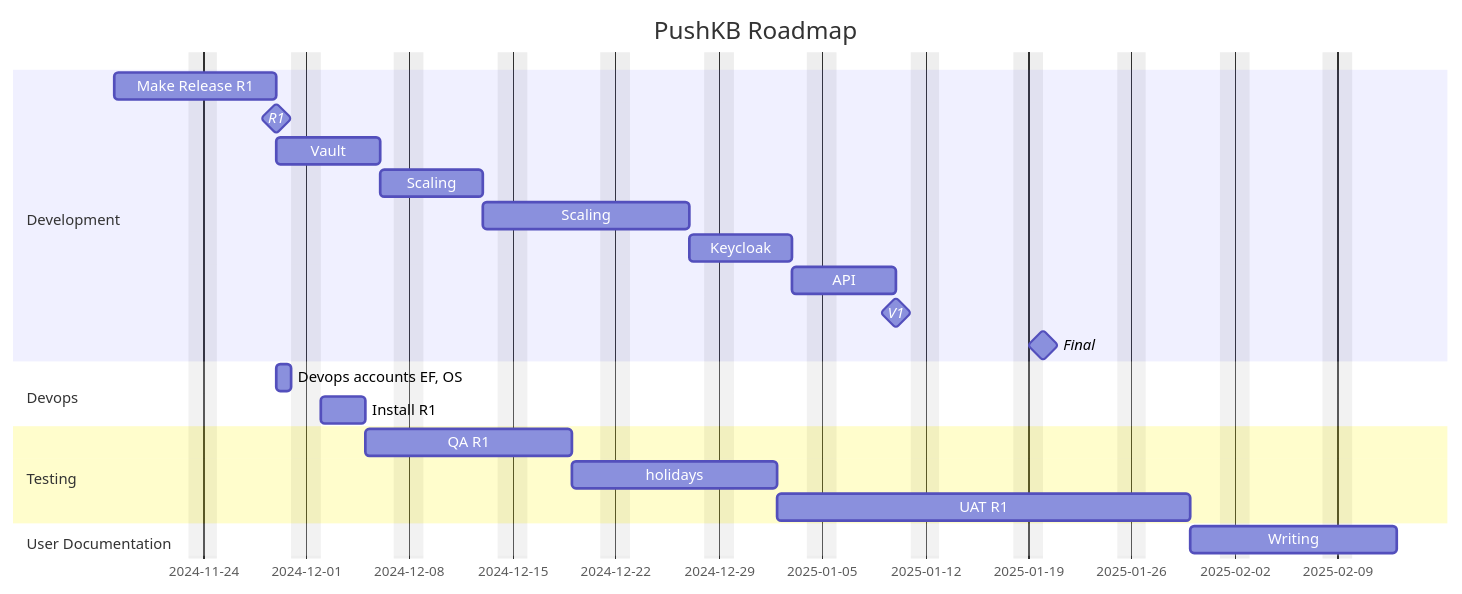
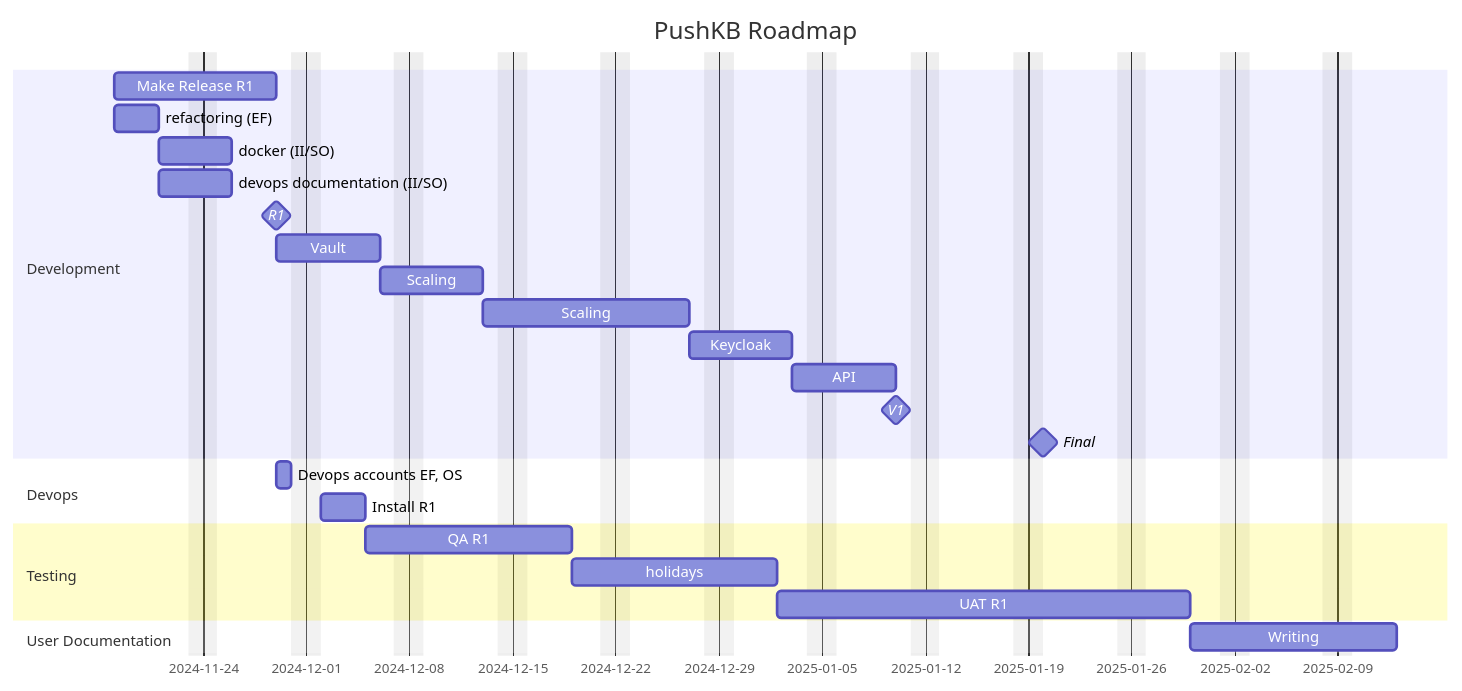
Before and after one commit to julianladisch/pushkb: the diagram in docs/roadmap.md, drawn with Mermaid.

````diff
--- a/docs/roadmap.md
+++ b/docs/roadmap.md
@@ -3,30 +3,33 @@
 ```mermaid
 gantt
     title PushKB Roadmap
     dateFormat  YYYY-MM-DD
     excludes    weekends
 
     section Development
     Make Release R1                  :t3-0, 2024-11-18, 9d
+    refactoring (EF)                 :t3-0-1, 2024-11-18, 3d
+    docker (II/SO)                   :t3-0-2, after t3-0-1, 3d
+    devops documentation (II/SO)     :t3-0-3, after t3-0-1, 3d
     R1                               :milestone, after t3-0, 0d
     Vault                            :t3-1, after t3-0, 5d
     Scaling                          :t3-2, after t3-1, 5d
     Scaling                          :thols1, after t3-2, 10d
     Keycloak                         :t3-3, after thols1, 5d
     API                              :t3-4, after t3-3, 5d
 		V1                               :milestone, after t3-4, 0d
 		Final                            :milestone, 2025-01-20, 0d
 
     section Devops
     Devops accounts EF, OS           :t4-1, after t3-0, 1d
     Install R1                       :t4-2, after t4-1, 3d
 
     section Testing
     QA R1                            :t5-1, after t4-2, 10d
     holidays                         :t5-2, after t5-1, 10d
     UAT R1                           :t5-3, after t5-2, 20d
 
     section User Documentation
     Writing                          :t6-1, after t5-3, 10d
 
 ```
````
